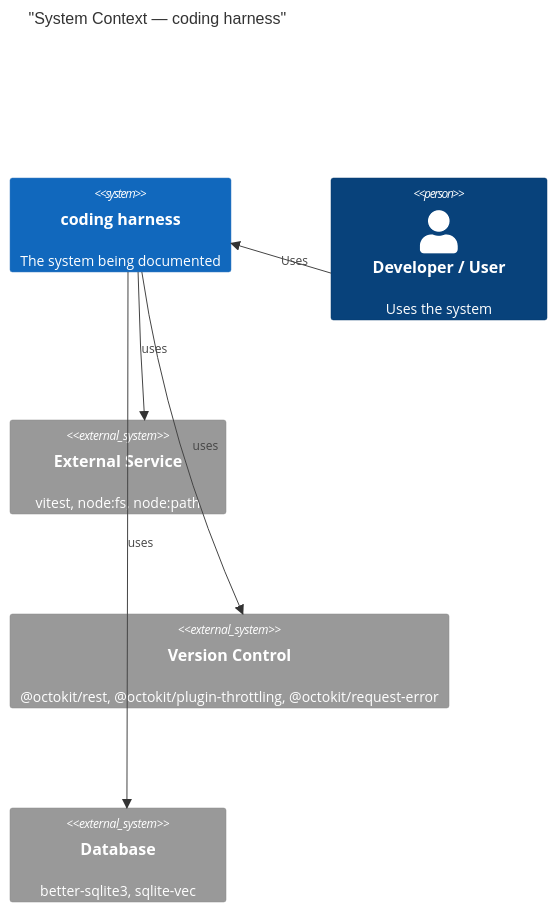
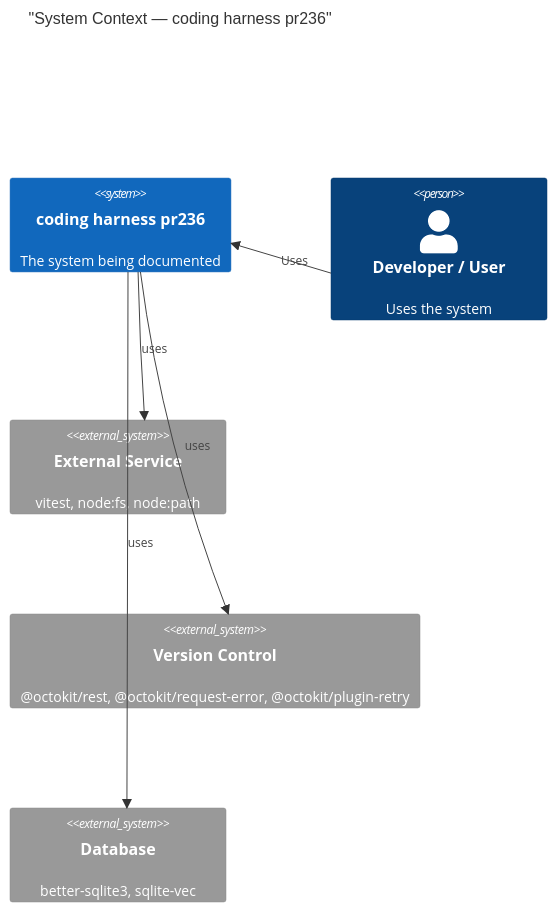
One commit to jscraik/coding-harness changed the fourth of 14 diagrams in AI/context/diagram-context.md. Above: the diagram before and after it, drawn with Mermaid. The commit also changed other lines of this file, not shown here.

First line of the commit message:
docs(jsc-279): refresh diagram context

````diff
--- a/AI/context/diagram-context.md
+++ b/AI/context/diagram-context.md
@@ -330,14 +330,14 @@
 ```mermaid
 C4Context
-  title "System Context — coding harness"
-  System(mainSystem, "coding harness", "The system being documented")
+  title "System Context — coding harness pr236"
+  System(mainSystem, "coding harness pr236", "The system being documented")
   Person(developer, "Developer / User", "Uses the system")
   Rel(developer, mainSystem, "Uses")
   System_Ext(ext_0, "External Service", "vitest, node:fs, node:path")
   Rel(mainSystem, ext_0, "uses")
-  System_Ext(ext_1, "Version Control", "@octokit/rest, @octokit/plugin-throttling, @octokit/request-error")
+  System_Ext(ext_1, "Version Control", "@octokit/rest, @octokit/request-error, @octokit/plugin-retry")
   Rel(mainSystem, ext_1, "uses")
   System_Ext(ext_2, "Database", "better-sqlite3, sqlite-vec")
   Rel(mainSystem, ext_2, "uses")
 
 ```
````
